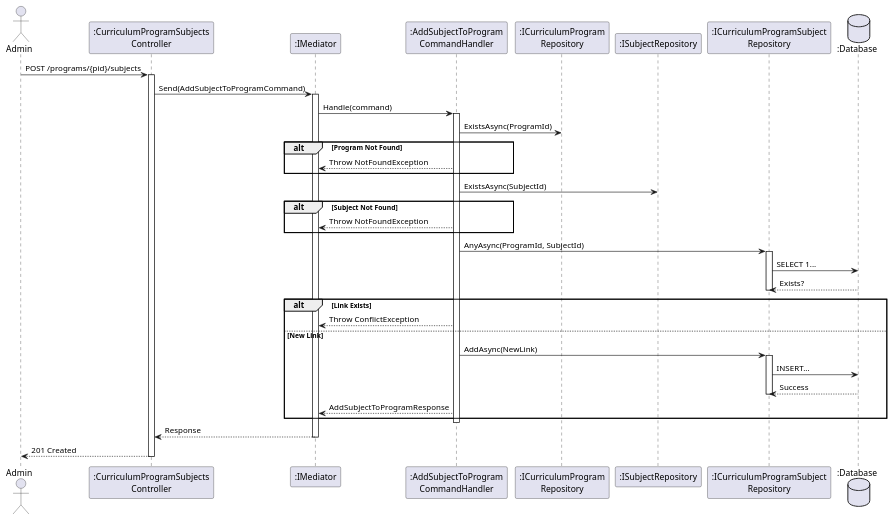
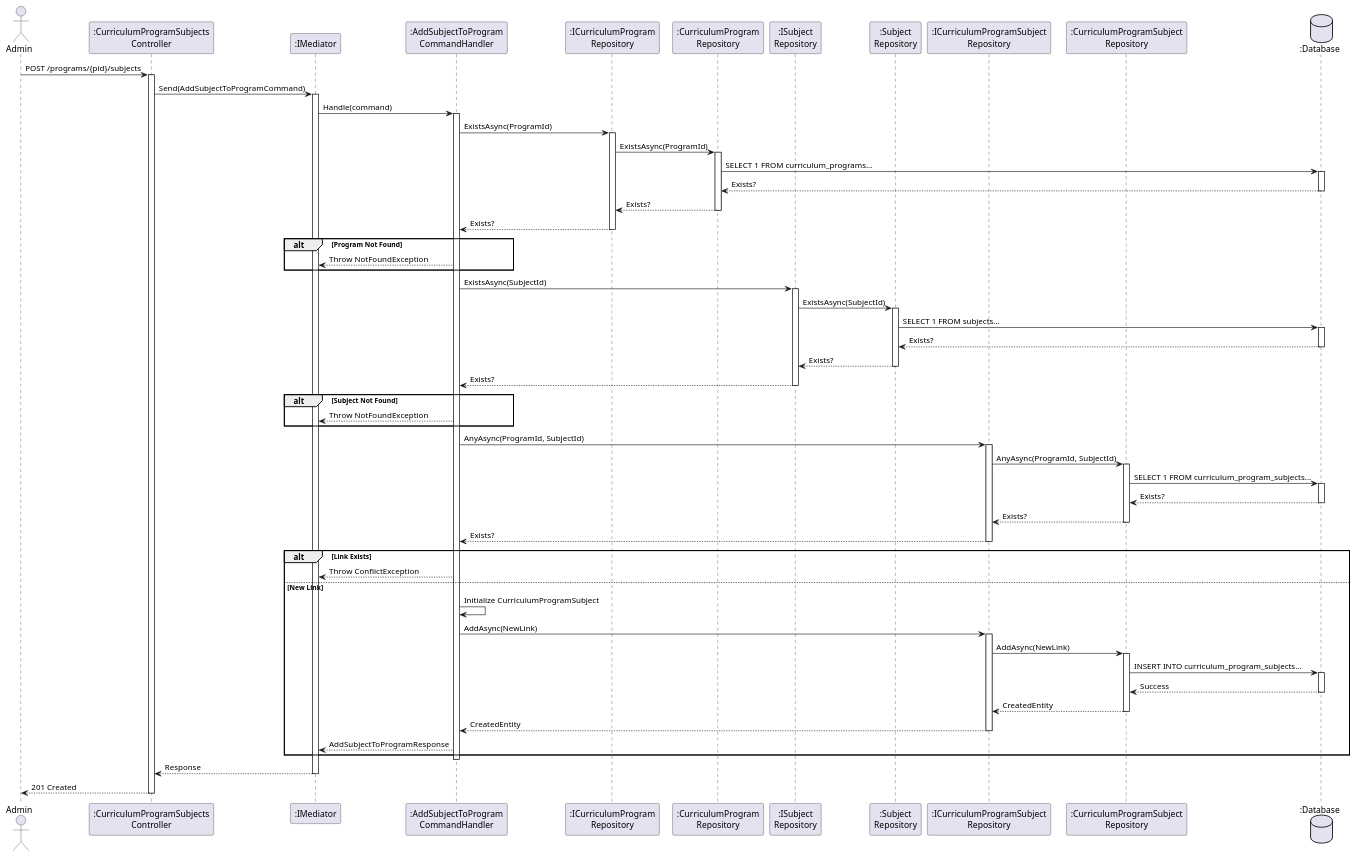
One commit to FA25SE050-RogueLearn/RogueLearn.BMAD.Documentation changed the diagram in docs/srs/diagrams/sequence-diagram/admin-curriculum-program/link-subject-program-seq.puml. Above: the diagram before and after it, drawn with PlantUML. The commit also changed 28 other files, not shown here.

Commit message:
feat: add and refix some diagrams to add implementations objects

```diff
--- a/docs/srs/diagrams/sequence-diagram/admin-curriculum-program/link-subject-program-seq.puml
+++ b/docs/srs/diagrams/sequence-diagram/admin-curriculum-program/link-subject-program-seq.puml
@@ -1,57 +1,100 @@
 @startuml
 actor Admin
 participant ":CurriculumProgramSubjects\nController" as Controller
 participant ":IMediator" as Med
 participant ":AddSubjectToProgram\nCommandHandler" as Handler
-participant ":ICurriculumProgram\nRepository" as ProgRepo
-participant ":ISubjectRepository" as SubRepo
-participant ":ICurriculumProgramSubject\nRepository" as LinkRepo
+participant ":ICurriculumProgram\nRepository" as IProgRepo
+participant ":CurriculumProgram\nRepository" as ProgRepo
+participant ":ISubject\nRepository" as ISubRepo
+participant ":Subject\nRepository" as SubRepo
+participant ":ICurriculumProgramSubject\nRepository" as ILinkRepo
+participant ":CurriculumProgramSubject\nRepository" as LinkRepo
 database ":Database" as DB
 
 Admin -> Controller : POST /programs/{pid}/subjects
 activate Controller
 
 Controller -> Med : Send(AddSubjectToProgramCommand)
 activate Med
 
 Med -> Handler : Handle(command)
 activate Handler
 
 ' 1. Validate Parents
-Handler -> ProgRepo : ExistsAsync(ProgramId)
+Handler -> IProgRepo : ExistsAsync(ProgramId)
+activate IProgRepo
+IProgRepo -> ProgRepo : ExistsAsync(ProgramId)
+activate ProgRepo
+ProgRepo -> DB : SELECT 1 FROM curriculum_programs...
+activate DB
+DB --> ProgRepo : Exists?
+deactivate DB
+ProgRepo --> IProgRepo : Exists?
+deactivate ProgRepo
+IProgRepo --> Handler : Exists?
+deactivate IProgRepo
+
 alt Program Not Found
     Handler --> Med : Throw NotFoundException
 end
 
-Handler -> SubRepo : ExistsAsync(SubjectId)
+Handler -> ISubRepo : ExistsAsync(SubjectId)
+activate ISubRepo
+ISubRepo -> SubRepo : ExistsAsync(SubjectId)
+activate SubRepo
+SubRepo -> DB : SELECT 1 FROM subjects...
+activate DB
+DB --> SubRepo : Exists?
+deactivate DB
+SubRepo --> ISubRepo : Exists?
+deactivate SubRepo
+ISubRepo --> Handler : Exists?
+deactivate ISubRepo
+
 alt Subject Not Found
     Handler --> Med : Throw NotFoundException
 end
 
 ' 2. Check Existing Link
-Handler -> LinkRepo : AnyAsync(ProgramId, SubjectId)
+Handler -> ILinkRepo : AnyAsync(ProgramId, SubjectId)
+activate ILinkRepo
+ILinkRepo -> LinkRepo : AnyAsync(ProgramId, SubjectId)
 activate LinkRepo
-LinkRepo -> DB : SELECT 1...
+LinkRepo -> DB : SELECT 1 FROM curriculum_program_subjects...
+activate DB
 DB --> LinkRepo : Exists?
+deactivate DB
+LinkRepo --> ILinkRepo : Exists?
 deactivate LinkRepo
+ILinkRepo --> Handler : Exists?
+deactivate ILinkRepo
 
 alt Link Exists
     Handler --> Med : Throw ConflictException
 else New Link
     ' 3. Create Link
-    Handler -> LinkRepo : AddAsync(NewLink)
+    Handler -> Handler : Initialize CurriculumProgramSubject
+    
+    Handler -> ILinkRepo : AddAsync(NewLink)
+    activate ILinkRepo
+    ILinkRepo -> LinkRepo : AddAsync(NewLink)
     activate LinkRepo
-    LinkRepo -> DB : INSERT...
+    LinkRepo -> DB : INSERT INTO curriculum_program_subjects...
+    activate DB
     DB --> LinkRepo : Success
+    deactivate DB
+    LinkRepo --> ILinkRepo : CreatedEntity
     deactivate LinkRepo
+    ILinkRepo --> Handler : CreatedEntity
+    deactivate ILinkRepo
     
     Handler --> Med : AddSubjectToProgramResponse
 end
 
 deactivate Handler
 Med --> Controller : Response
 deactivate Med
 
 Controller --> Admin : 201 Created
 deactivate Controller
 @enduml
```
